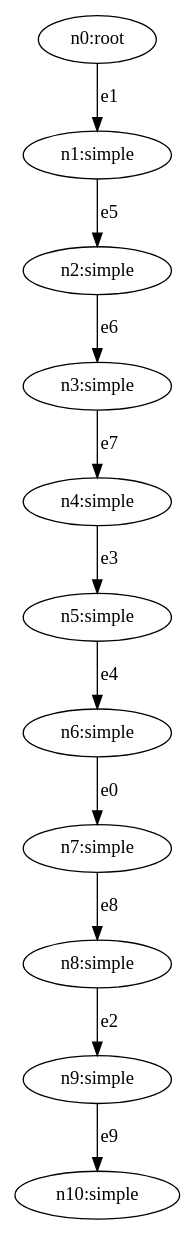
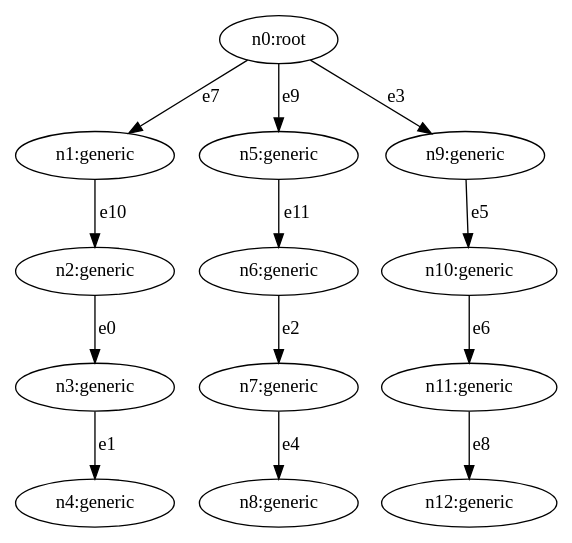
One commit to Jaseci-Labs/jaseci changed the diagram in support/bible/assets/dot/jac_walker_deep_yield.dot. Above: the diagram before and after it, drawn with Graphviz. The commit also changed 10 other files, not shown here.

```diff
--- a/support/bible/assets/dot/jac_walker_deep_yield.dot
+++ b/support/bible/assets/dot/jac_walker_deep_yield.dot
@@ -1,23 +1,27 @@
 strict digraph root {
-    "n0" [ id="8f8c8bc82be84a8285375531ba6c2071", label="n0:root"  ]
-    "n1" [ id="06c2acef45974fdd92e30ba0a0418c15", label="n1:simple"  ]
-    "n2" [ id="d31fc3f731b644ff88178a9ad83fcfad", label="n2:simple"  ]
-    "n3" [ id="71627bedd5114a83b4ba84e0d355a1f0", label="n3:simple"  ]
-    "n4" [ id="a80bfd015ca04071a102782a58266666", label="n4:simple"  ]
-    "n5" [ id="79737e193b1144f38fa91c9faf022441", label="n5:simple"  ]
-    "n6" [ id="2f93522bd8c844968f341ca82babc391", label="n6:simple"  ]
-    "n7" [ id="3a06d310d8ee44d8b5ec7a12ce2f9fc7", label="n7:simple"  ]
-    "n8" [ id="30a08a307f444e3ea01677610e800a2e", label="n8:simple"  ]
-    "n9" [ id="a62db525aa804cfe9f7107789e3a4d37", label="n9:simple"  ]
-    "n10" [ id="aea0204b958f47a289e1284c4dd109e1", label="n10:simple"  ]
-    "n6" -> "n7" [ id="87fb5bad231543e8a412053a5bba6017", label="e0" ]
-    "n0" -> "n1" [ id="d7c633f8f1654124b0d128dbd8d7ce36", label="e1" ]
-    "n8" -> "n9" [ id="bb5b3f309a6a44c5a5c4cdc314cc078d", label="e2" ]
-    "n4" -> "n5" [ id="f31647c954e74897947a2e59dfbde60c", label="e3" ]
-    "n5" -> "n6" [ id="c1fd7f436ead44e8a5a3d41e98ccd5c9", label="e4" ]
-    "n1" -> "n2" [ id="9102271c64724af990d00c3a3f404ab0", label="e5" ]
-    "n2" -> "n3" [ id="20b90f868ff34fc8aaf738aa49cc8df7", label="e6" ]
-    "n3" -> "n4" [ id="6e8bf7a5f95047708e3e9929f50b495a", label="e7" ]
-    "n7" -> "n8" [ id="161f1c33d83a4138ac7e9a6a57e561b3", label="e8" ]
-    "n9" -> "n10" [ id="5ba0ff030f8b45cd9aeb5b76caebd232", label="e9" ]
+    "n0" [ id="8855873c92ab44558a75f22d964546c6", label="n0:root"  ]
+    "n1" [ id="f4ba50aa5b18471ea253e4ffc5a17c2d", label="n1:generic"  ]
+    "n2" [ id="e47020f1e6cb4863bc176a8ef336ac4b", label="n2:generic"  ]
+    "n3" [ id="158db8829f254ab3966b4b7e2c2ab7d9", label="n3:generic"  ]
+    "n4" [ id="86da6a853eb048789e27352aa54a7a55", label="n4:generic"  ]
+    "n5" [ id="fd8e01c11082418bbe4a92bec9883716", label="n5:generic"  ]
+    "n6" [ id="20aa2dea77974dc9981eff0a6cbf61e0", label="n6:generic"  ]
+    "n7" [ id="c6f682167ab3400ea870572ca2c5546f", label="n7:generic"  ]
+    "n8" [ id="8ce04fe97fd04603a2e1e52d8e1d7956", label="n8:generic"  ]
+    "n9" [ id="787faef3921e4613b2670033378bda04", label="n9:generic"  ]
+    "n10" [ id="1667c463c49f47ccb07fc9b2896d8237", label="n10:generic"  ]
+    "n11" [ id="437aecd9b2104efe910801e8bde34368", label="n11:generic"  ]
+    "n12" [ id="fa60d47b19734ae9862e29e497b7b88b", label="n12:generic"  ]
+    "n2" -> "n3" [ id="b411752ff5364939a60403325b6f185e", label="e0" ]
+    "n3" -> "n4" [ id="c3f23656ee634f6a93173deb0acf85f9", label="e1" ]
+    "n6" -> "n7" [ id="a4690e0079bf44819ecf850f41666c2f", label="e2" ]
+    "n0" -> "n9" [ id="e0e77b3f1915429ca4ec0e68b61d33e3", label="e3" ]
+    "n7" -> "n8" [ id="e1f57ca87d30465a9edd945e2ec0a19c", label="e4" ]
+    "n9" -> "n10" [ id="b96cb6680c1c4f98b63b2a701116a353", label="e5" ]
+    "n10" -> "n11" [ id="09c32b4404cc4a43ab59efdd84bc086a", label="e6" ]
+    "n0" -> "n1" [ id="01d934e5d2b34b90b1c8644499e15174", label="e7" ]
+    "n11" -> "n12" [ id="8a6de624d0ad4a8b9691a87b3a321126", label="e8" ]
+    "n0" -> "n5" [ id="7036b17a53da44329e9e1564bf3c9797", label="e9" ]
+    "n1" -> "n2" [ id="fd00874c814b42c493d749d00e3b7068", label="e10" ]
+    "n5" -> "n6" [ id="adad645c9fea4a9ea962929904ea5b8d", label="e11" ]
 }
```
